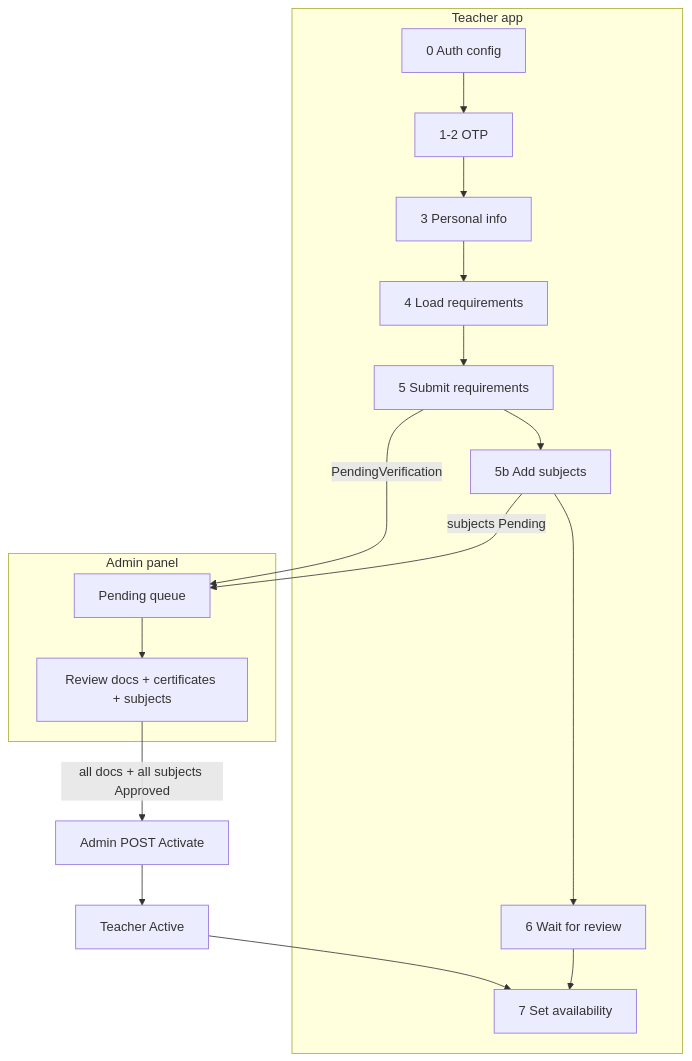
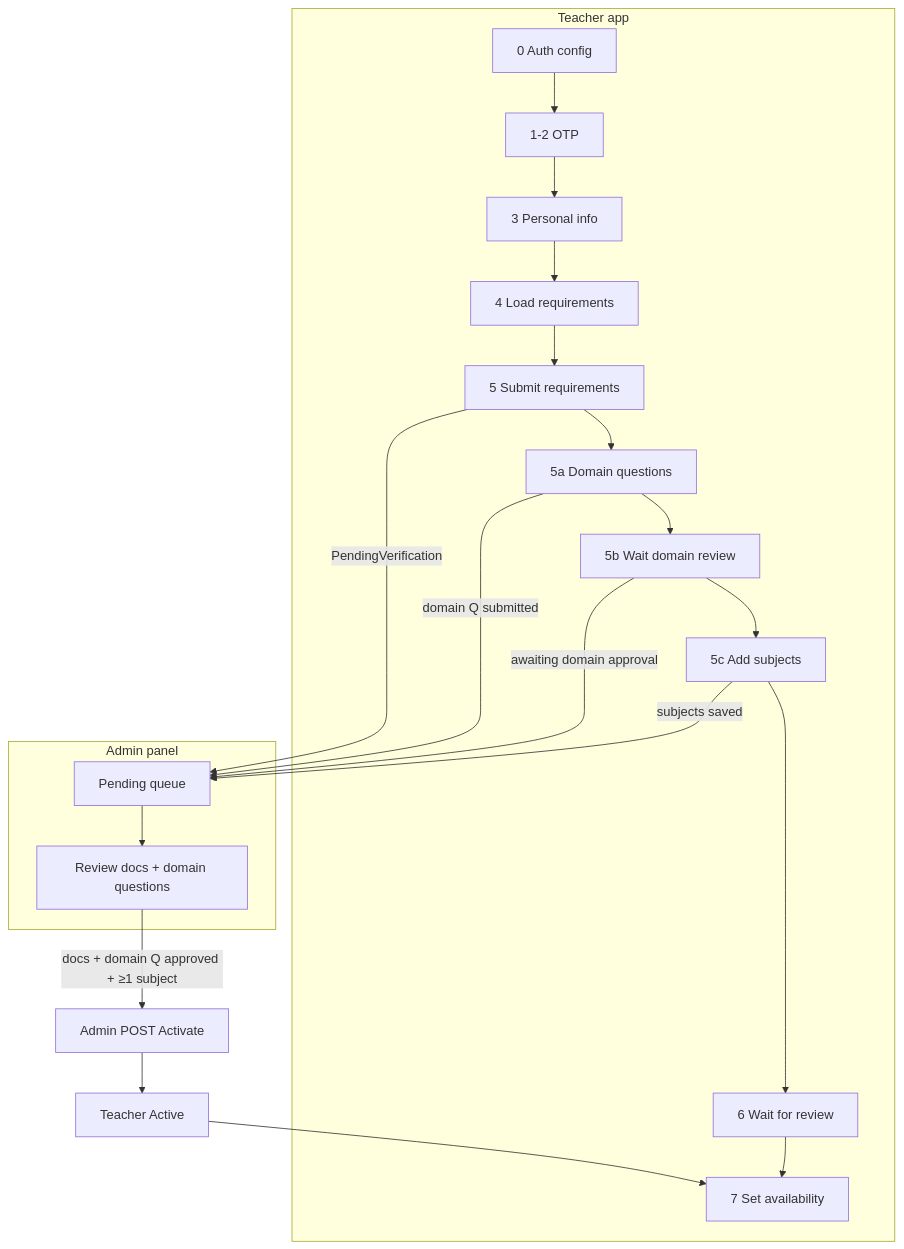
The first of 2 diagrams in docs/Teacher-Registration-Flow.md (Mozaffer249/Qalam), drawn with Mermaid before and after one commit. The commit also changed other lines of this file and 49 other files, not shown here.

First line of the commit message:
refactor(teacher-management): remove approval and rejection endpoints for teacher subjects

````diff
--- a/docs/Teacher-Registration-Flow.md
+++ b/docs/Teacher-Registration-Flow.md
@@ -42,29 +45,33 @@
 ```mermaid
 flowchart TB
   subgraph teacher [Teacher app]
     S0[0 Auth config]
     S1[1-2 OTP]
     S3[3 Personal info]
     S4[4 Load requirements]
     S5[5 Submit requirements]
-    S5b[5b Add subjects]
+    S5a[5a Domain questions]
+    S5b[5b Wait domain review]
+    S5c[5c Add subjects]
     S6[6 Wait for review]
     S7[7 Set availability]
     S0 --> S1 --> S3 --> S4 --> S5
-    S5 --> S5b
-    S5b --> S6
+    S5 --> S5a --> S5b --> S5c
+    S5c --> S6
     S6 --> S7
   end
 
   subgraph admin [Admin panel]
     Q[Pending queue]
-    R[Review docs + certificates + subjects]
+    R[Review docs + domain questions]
     Q --> R
   end
 
   S5 -->|PendingVerification| Q
-  S5b -->|subjects Pending| Q
-  R -->|all docs + all subjects Approved| AUTH[Admin POST Activate]
+  S5a -->|domain Q submitted| Q
+  S5b -->|awaiting domain approval| Q
+  S5c -->|subjects saved| Q
+  R -->|docs + domain Q approved + ≥1 subject| AUTH[Admin POST Activate]
   AUTH --> ACTIVE[Teacher Active]
   ACTIVE --> S7
 ```
````
